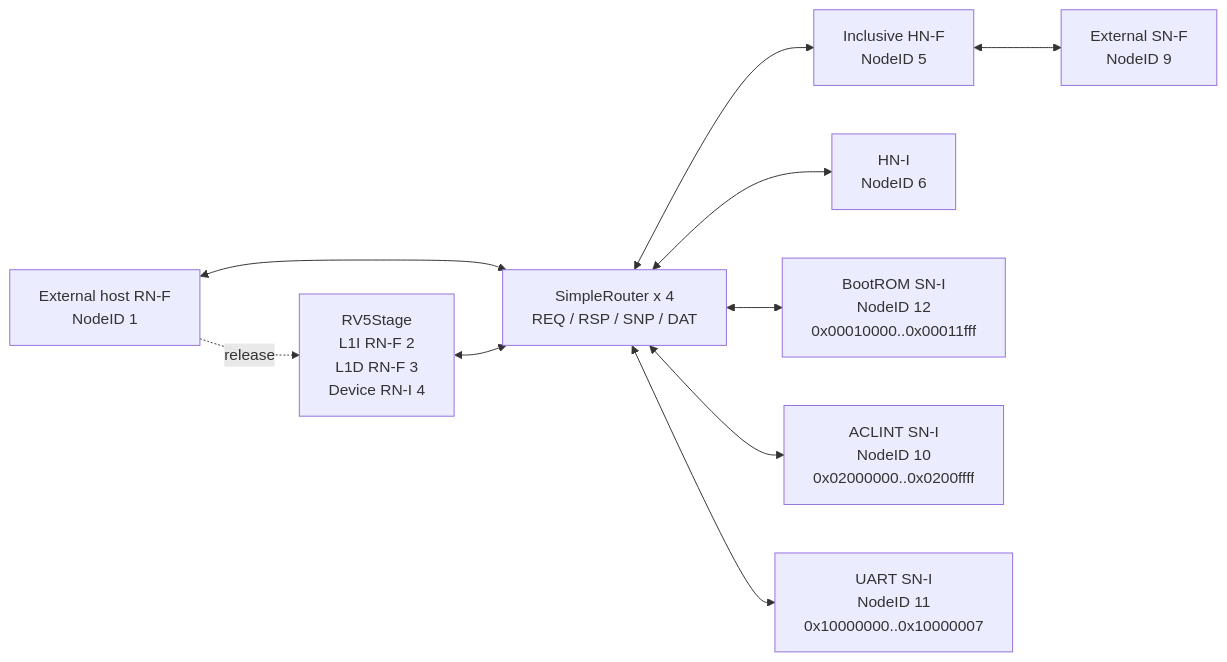
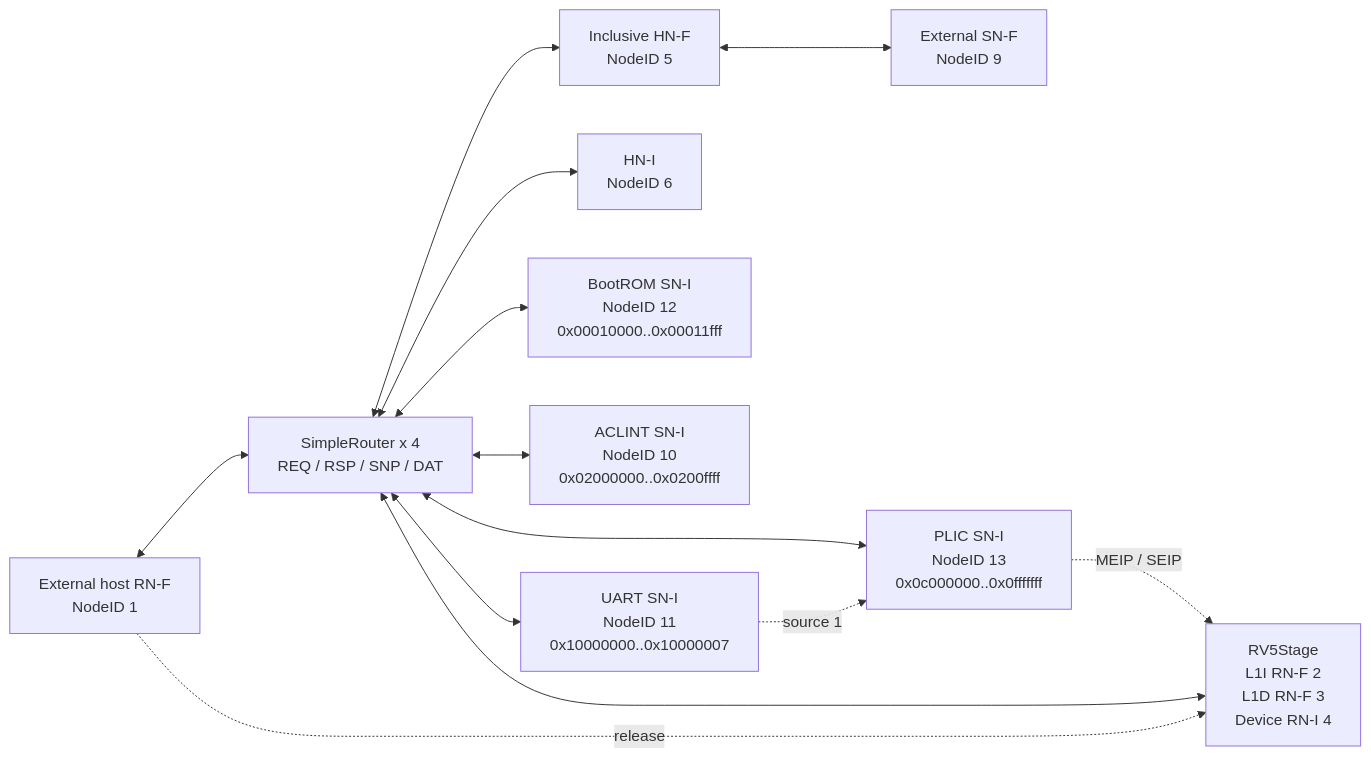
One commit to jerryz123/rhodium changed the first of 2 diagrams in socs/README.md. Above: the diagram before and after it, drawn with Mermaid. The commit also changed other lines of this file and 18 other files, not shown here.

````diff
--- a/socs/README.md
+++ b/socs/README.md
@@ -127,22 +130,26 @@
 ```mermaid
 flowchart LR
   Host["External host RN-F<br/>NodeID 1"]
   Core["RV5Stage<br/>L1I RN-F 2<br/>L1D RN-F 3<br/>Device RN-I 4"]
   Fabric["SimpleRouter x 4<br/>REQ / RSP / SNP / DAT"]
   MemoryHome["Inclusive HN-F<br/>NodeID 5"]
   ExternalMemory["External SN-F<br/>NodeID 9"]
   DeviceHome["HN-I<br/>NodeID 6"]
   BootROM["BootROM SN-I<br/>NodeID 12<br/>0x00010000..0x00011fff"]
   ACLINT["ACLINT SN-I<br/>NodeID 10<br/>0x02000000..0x0200ffff"]
+  PLIC["PLIC SN-I<br/>NodeID 13<br/>0x0c000000..0x0fffffff"]
   UART["UART SN-I<br/>NodeID 11<br/>0x10000000..0x10000007"]
 
   Host <--> Fabric
   Core <--> Fabric
   Fabric <--> MemoryHome
   MemoryHome <--> ExternalMemory
   Fabric <--> DeviceHome
   Fabric <--> BootROM
   Fabric <--> ACLINT
+  Fabric <--> PLIC
   Fabric <--> UART
+  UART -. source 1 .-> PLIC
+  PLIC -. MEIP / SEIP .-> Core
   Host -. release .-> Core
 ```
````
